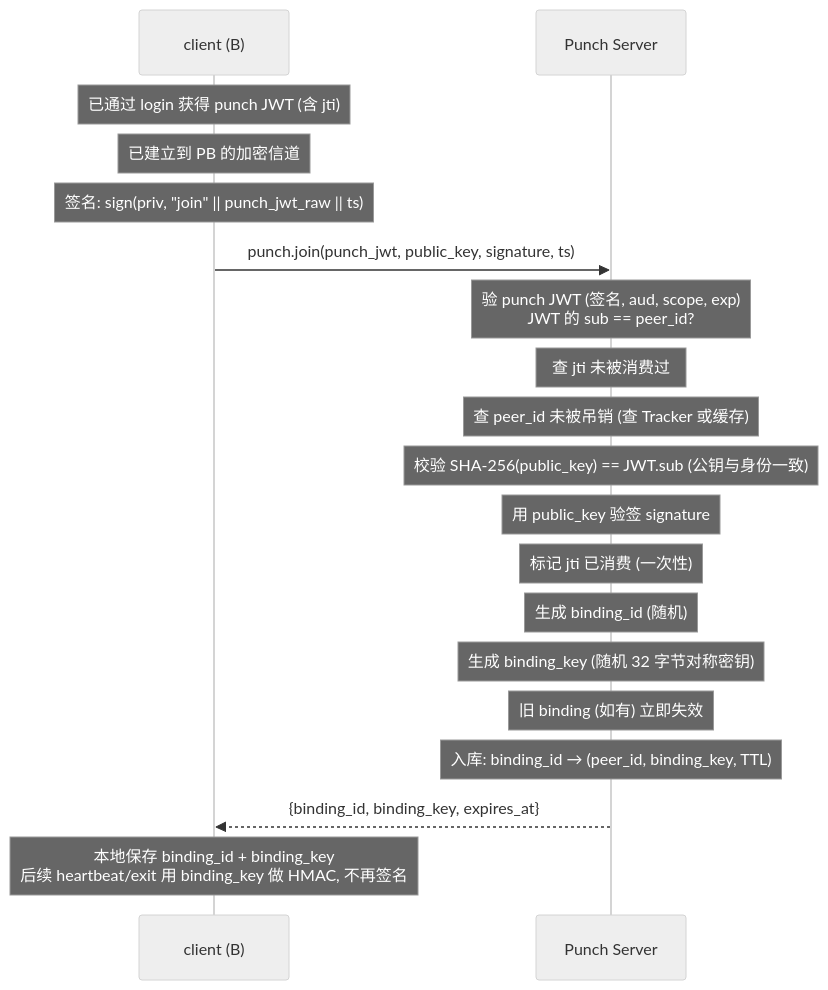
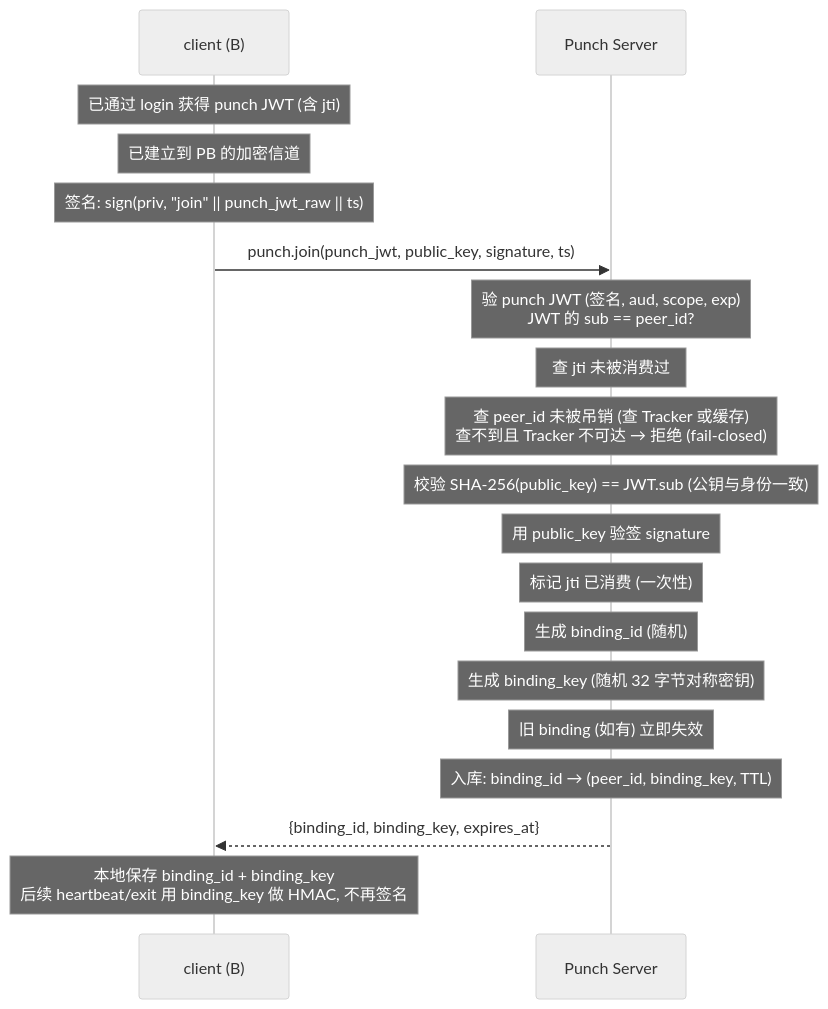
One commit to mivinci/p2p changed the eighth of 15 diagrams in docs/design/p2p-technical.md. Above: the diagram before and after it, drawn with Mermaid (neutral theme). The commit also changed other lines of this file and 1 other file, not shown here.

Commit message:
docs(design): 收敛 Tracker 与 Punch 的耦合面，只保留单向吊销查询 (#19)

````diff
--- a/docs/design/p2p-technical.md
+++ b/docs/design/p2p-technical.md
@@ -822,25 +839,25 @@
 ```mermaid
 sequenceDiagram
     participant B as client (B)
     participant PB as Punch Server
 
     Note over B: 已通过 login 获得 punch JWT (含 jti)
     Note over B: 已建立到 PB 的加密信道
 
     Note over B: 签名: sign(priv, "join" || punch_jwt_raw || ts)
 
     B->>PB: punch.join(punch_jwt, public_key, signature, ts)
     Note over PB: 验 punch JWT (签名, aud, scope, exp)<br/>JWT 的 sub == peer_id?
     Note over PB: 查 jti 未被消费过
-    Note over PB: 查 peer_id 未被吊销 (查 Tracker 或缓存)
+    Note over PB: 查 peer_id 未被吊销 (查 Tracker 或缓存)<br/>查不到且 Tracker 不可达 → 拒绝 (fail-closed)
     Note over PB: 校验 SHA-256(public_key) == JWT.sub (公钥与身份一致)
     Note over PB: 用 public_key 验签 signature
     Note over PB: 标记 jti 已消费 (一次性)
     Note over PB: 生成 binding_id (随机)
     Note over PB: 生成 binding_key (随机 32 字节对称密钥)
     Note over PB: 旧 binding (如有) 立即失效
     Note over PB: 入库: binding_id → (peer_id, binding_key, TTL)
     PB-->>B: {binding_id, binding_key, expires_at}
 
     Note over B: 本地保存 binding_id + binding_key<br/>后续 heartbeat/exit 用 binding_key 做 HMAC, 不再签名
 ```
````
